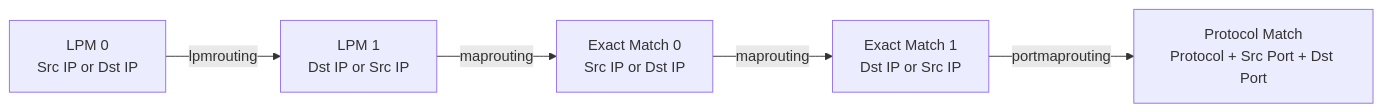
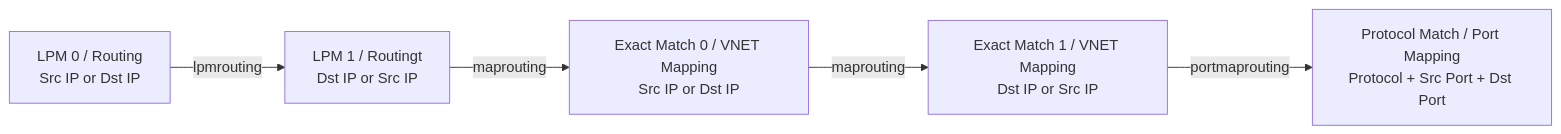
The fourth of 5 diagrams in documentation/dataplane/dash-pipeline-packet-flow.md (sonic-net/DASH), drawn with Mermaid before and after one commit. The commit also changed other lines of this file, not shown here.

Commit message:
minor update.

````diff
--- a/documentation/dataplane/dash-pipeline-packet-flow.md
+++ b/documentation/dataplane/dash-pipeline-packet-flow.md
@@ -166,13 +166,13 @@
 ```mermaid
 flowchart LR
-    LPM0[LPM 0<br>Src IP or Dst IP]
-    LPM1[LPM 1<br>Dst IP or Src IP]
-    Exact0[Exact Match 0<br>Src IP or Dst IP]
-    Exact1[Exact Match 1<br>Dst IP or Src IP]
-    Proto[Protocol Match<br>Protocol + Src Port + Dst Port]
+    LPM0[LPM 0 / Routing<br>Src IP or Dst IP]
+    LPM1[LPM 1 / Routingt<br>Dst IP or Src IP]
+    Exact0[Exact Match 0 / VNET Mapping<br>Src IP or Dst IP]
+    Exact1[Exact Match 1 / VNET Mapping<br>Dst IP or Src IP]
+    Proto[Protocol Match / Port Mapping<br>Protocol + Src Port + Dst Port]
 
     LPM0 --> |lpmrouting| LPM1
     LPM1 --> |maprouting| Exact0
     Exact0 --> |maprouting| Exact1
     Exact1 --> |portmaprouting| Proto
 ```
````
